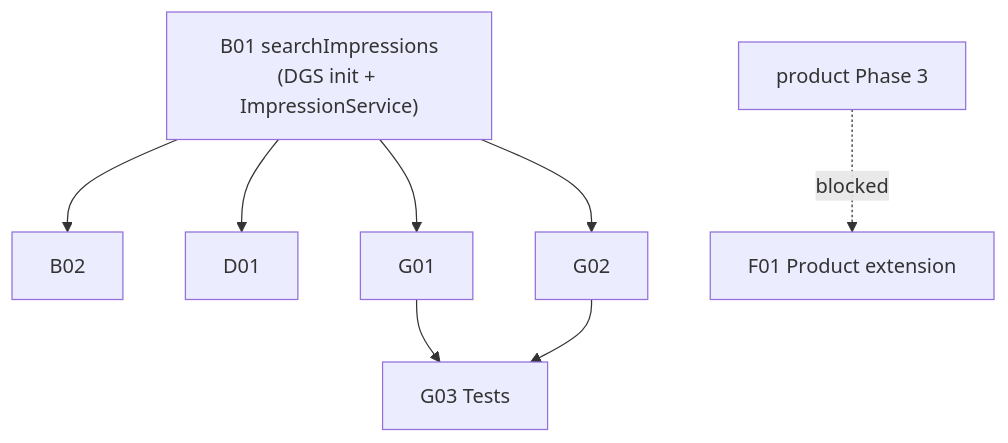
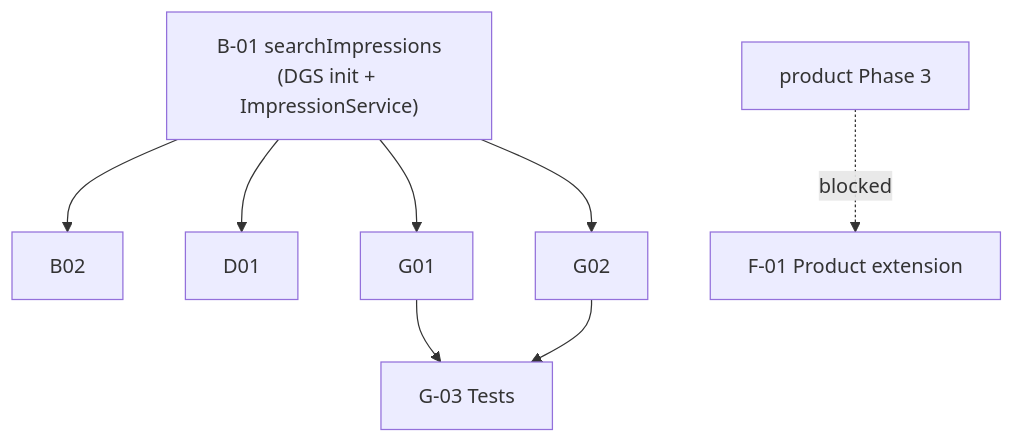
One commit to SarithaMathai/migration changed the diagram in output/initial-analysis/impression/04-stories.md. Above: the diagram before and after it, drawn with Mermaid. The commit also changed other lines of this file and 151 other files, not shown here.

````diff
--- a/output/initial-analysis/impression/04-stories.md
+++ b/output/initial-analysis/impression/04-stories.md
@@ -28,7 +28,7 @@
 ```mermaid
 graph TD
-  B01["B01 searchImpressions\n(DGS init + ImpressionService)"] --> B02 & D01 & G01 & G02
-  G01 --> G03[G03 Tests]
+  B01["B-01 searchImpressions\n(DGS init + ImpressionService)"] --> B02 & D01 & G01 & G02
+  G01 --> G03[G-03 Tests]
   G02 --> G03
-  PROD[product Phase 3] -.blocked.-> F01[F01 Product extension]
+  PROD[product Phase 3] -.blocked.-> F01[F-01 Product extension]
 ```
````
